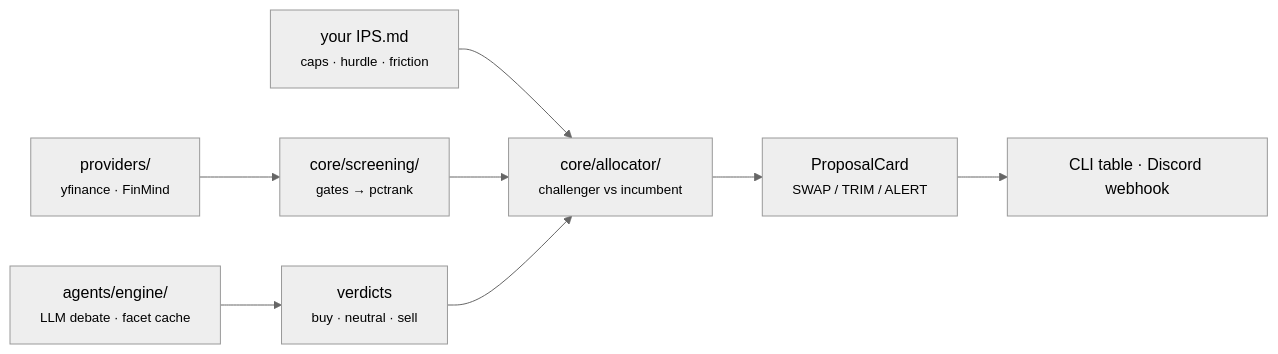
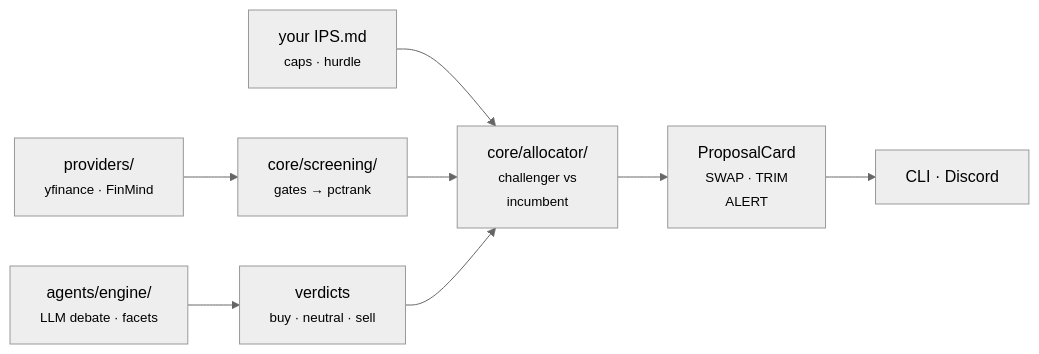
The diagram in README.md (HaoweiChan/kuroshio), drawn with Mermaid (neutral theme) before and after one commit.

Commit message:
README: shorten mermaid node labels so the diagram fits a narrow column

````diff
--- a/README.md
+++ b/README.md
@@ -57,10 +57,10 @@
 ```mermaid
 flowchart LR
     P["providers/<br/><small>yfinance · FinMind</small>"] --> S["core/screening/<br/><small>gates → pctrank</small>"]
-    A["agents/engine/<br/><small>LLM debate · facet cache</small>"] --> V["verdicts<br/><small>buy · neutral · sell</small>"]
-    I["your IPS.md<br/><small>caps · hurdle · friction</small>"] --> AL
-    S --> AL["core/allocator/<br/><small>challenger vs incumbent</small>"]
+    A["agents/engine/<br/><small>LLM debate · facets</small>"] --> V["verdicts<br/><small>buy · neutral · sell</small>"]
+    I["your IPS.md<br/><small>caps · hurdle</small>"] --> AL
+    S --> AL["core/allocator/<br/><small>challenger vs<br/>incumbent</small>"]
     V --> AL
-    AL --> C["ProposalCard<br/><small>SWAP / TRIM / ALERT</small>"]
-    C --> O["CLI table · Discord webhook"]
+    AL --> C["ProposalCard<br/><small>SWAP · TRIM<br/>ALERT</small>"]
+    C --> O["CLI · Discord"]
 ```
````
